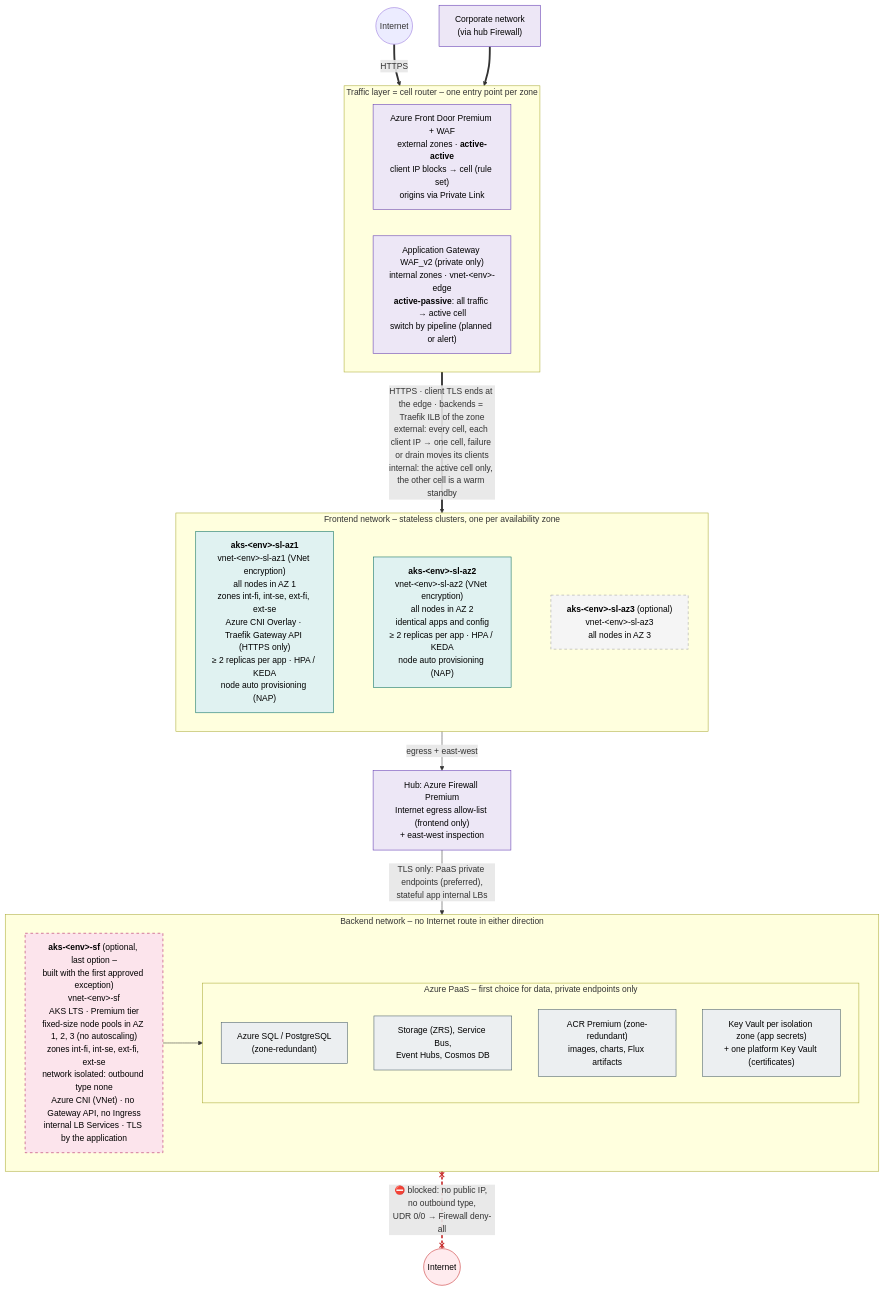
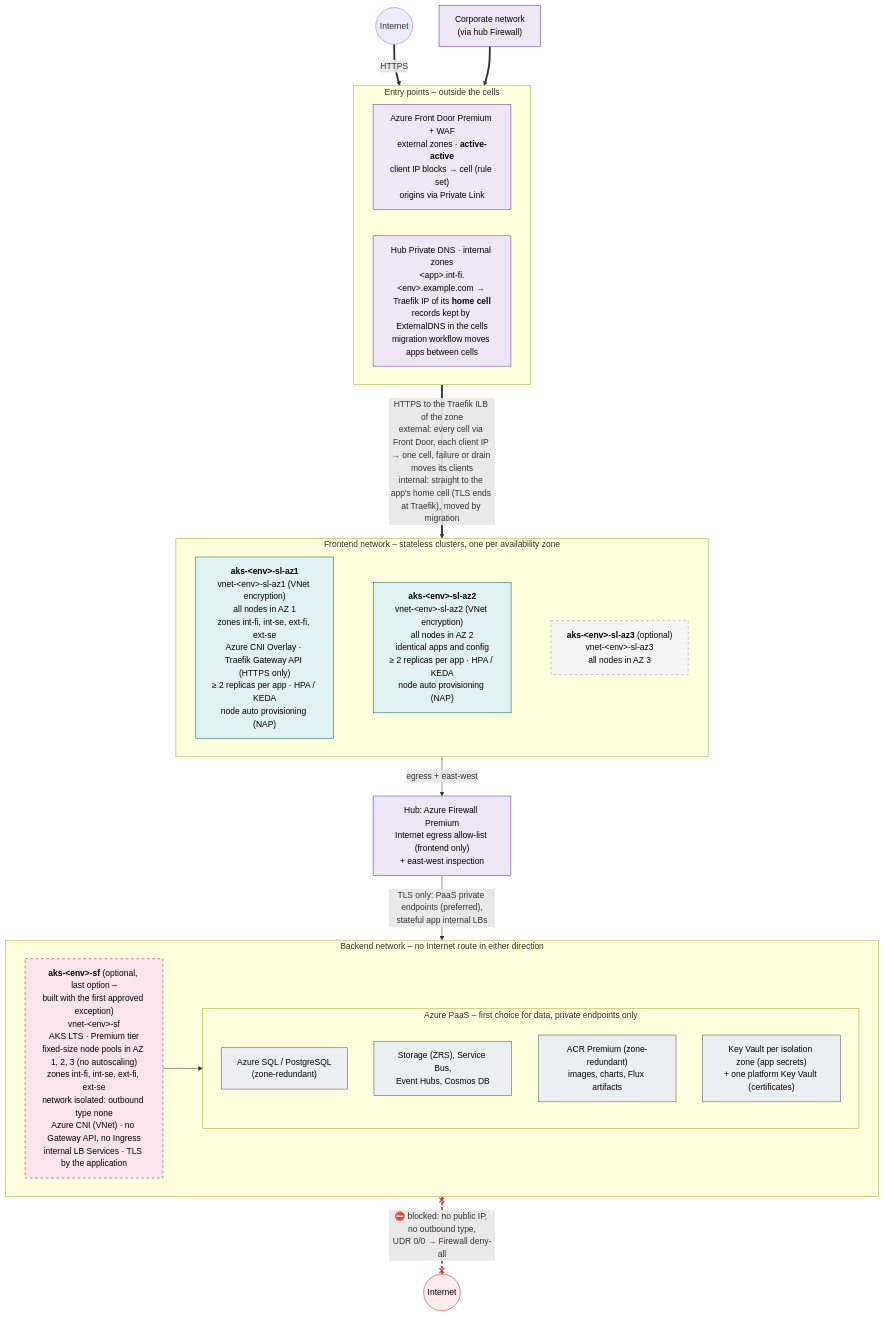
Before and after one commit to olljanat-ai/aks-design: the diagram in diagrams/08-cluster-topology.mmd, drawn with Mermaid. The commit also changed 19 other files, not shown here.

First line of the commit message:
Internal apps: one home cell each, DNS by ExternalDNS, migration workflow

```diff
--- a/diagrams/08-cluster-topology.mmd
+++ b/diagrams/08-cluster-topology.mmd
@@ -1,58 +1,58 @@
 %% Cluster topology of ONE environment (dev, acc and prd are identical): zonal stateless clusters in the
 %% frontend network, an optional zone-redundant stateful cluster in the backend network next to the Azure PaaS services.
 flowchart TB
     internet(("Internet"))
     corp["Corporate network<br/>(via hub Firewall)"]
 
-    subgraph EDGE["Traffic layer = cell router – one entry point per zone"]
+    subgraph EDGE["Entry points – outside the cells"]
         direction LR
         waf["Azure Front Door Premium + WAF<br/>external zones · <b>active-active</b><br/>client IP blocks → cell (rule set)<br/>origins via Private Link"]
-        agw_in["Application Gateway WAF_v2 (private only)<br/>internal zones · vnet-&lt;env&gt;-edge<br/><b>active-passive</b>: all traffic → active cell<br/>switch by pipeline (planned or alert)"]
+        agw_in["Hub Private DNS · internal zones<br/>&lt;app&gt;.int-fi.&lt;env&gt;.example.com → Traefik IP of its <b>home cell</b><br/>records kept by ExternalDNS in the cells<br/>migration workflow moves apps between cells"]
     end
 
     subgraph FRONT["Frontend network – stateless clusters, one per availability zone"]
         direction LR
         sl1["<b>aks-&lt;env&gt;-sl-az1</b><br/>vnet-&lt;env&gt;-sl-az1 (VNet encryption)<br/>all nodes in AZ 1<br/>zones int-fi, int-se, ext-fi, ext-se<br/>Azure CNI Overlay · Traefik Gateway API (HTTPS only)<br/>≥ 2 replicas per app · HPA / KEDA<br/>node auto provisioning (NAP)"]
         sl2["<b>aks-&lt;env&gt;-sl-az2</b><br/>vnet-&lt;env&gt;-sl-az2 (VNet encryption)<br/>all nodes in AZ 2<br/>identical apps and config<br/>≥ 2 replicas per app · HPA / KEDA<br/>node auto provisioning (NAP)"]
         sl3["<b>aks-&lt;env&gt;-sl-az3</b> (optional)<br/>vnet-&lt;env&gt;-sl-az3<br/>all nodes in AZ 3"]
         sl1 ~~~ sl2 ~~~ sl3
     end
 
     fw["Hub: Azure Firewall Premium<br/>Internet egress allow-list (frontend only)<br/>+ east-west inspection"]
 
     subgraph BACK["Backend network – no Internet route in either direction"]
         direction LR
         sf["<b>aks-&lt;env&gt;-sf</b> (optional, last option –<br/>built with the first approved exception)<br/>vnet-&lt;env&gt;-sf<br/>AKS LTS · Premium tier<br/>fixed-size node pools in AZ 1, 2, 3 (no autoscaling)<br/>zones int-fi, int-se, ext-fi, ext-se<br/>network isolated: outbound type none<br/>Azure CNI (VNet) · no Gateway API, no Ingress<br/>internal LB Services · TLS by the application"]
         subgraph PAAS["Azure PaaS – first choice for data, private endpoints only"]
             direction TB
             db["Azure SQL / PostgreSQL<br/>(zone-redundant)"]
             st["Storage (ZRS), Service Bus,<br/>Event Hubs, Cosmos DB"]
             acr["ACR Premium (zone-redundant)<br/>images, charts, Flux artifacts"]
             kv["Key Vault per isolation zone (app secrets)<br/>+ one platform Key Vault (certificates)"]
         end
     end
 
     blocked(("Internet"))
 
     internet ==>|"HTTPS"| waf
     corp ==> agw_in
-    EDGE ==>|"HTTPS · client TLS ends at the edge · backends = Traefik ILB of the zone<br/>external: every cell, each client IP → one cell, failure or drain moves its clients<br/>internal: the active cell only, the other cell is a warm standby"| FRONT
+    EDGE ==>|"HTTPS to the Traefik ILB of the zone<br/>external: every cell via Front Door, each client IP → one cell, failure or drain moves its clients<br/>internal: straight to the app's home cell (TLS ends at Traefik), moved by migration"| FRONT
     FRONT -->|"egress + east-west"| fw
     fw -->|"TLS only: PaaS private endpoints (preferred),<br/>stateful app internal LBs"| BACK
     sf --> PAAS
     BACK x-.-x|"⛔ blocked: no public IP, no outbound type,<br/>UDR 0/0 → Firewall deny-all"| blocked
 
     linkStyle 8 stroke:#c62828,stroke-width:3px,stroke-dasharray:6 4
 
     classDef hub fill:#ede7f6,stroke:#5e35b1,color:#000
     classDef sl fill:#e0f2f1,stroke:#00695c,color:#000
     classDef sf fill:#fce4ec,stroke:#ad1457,color:#000,stroke-dasharray: 5 5
     classDef paas fill:#eceff1,stroke:#455a64,color:#000
     classDef opt fill:#f5f5f5,stroke:#9e9e9e,color:#000,stroke-dasharray: 5 5
     classDef off fill:#ffebee,stroke:#c62828,color:#000
     class fw,waf,agw_in,corp hub
     class sl1,sl2 sl
     class sl3 opt
     class sf sf
     class db,st,acr,kv paas
     class blocked off
```
